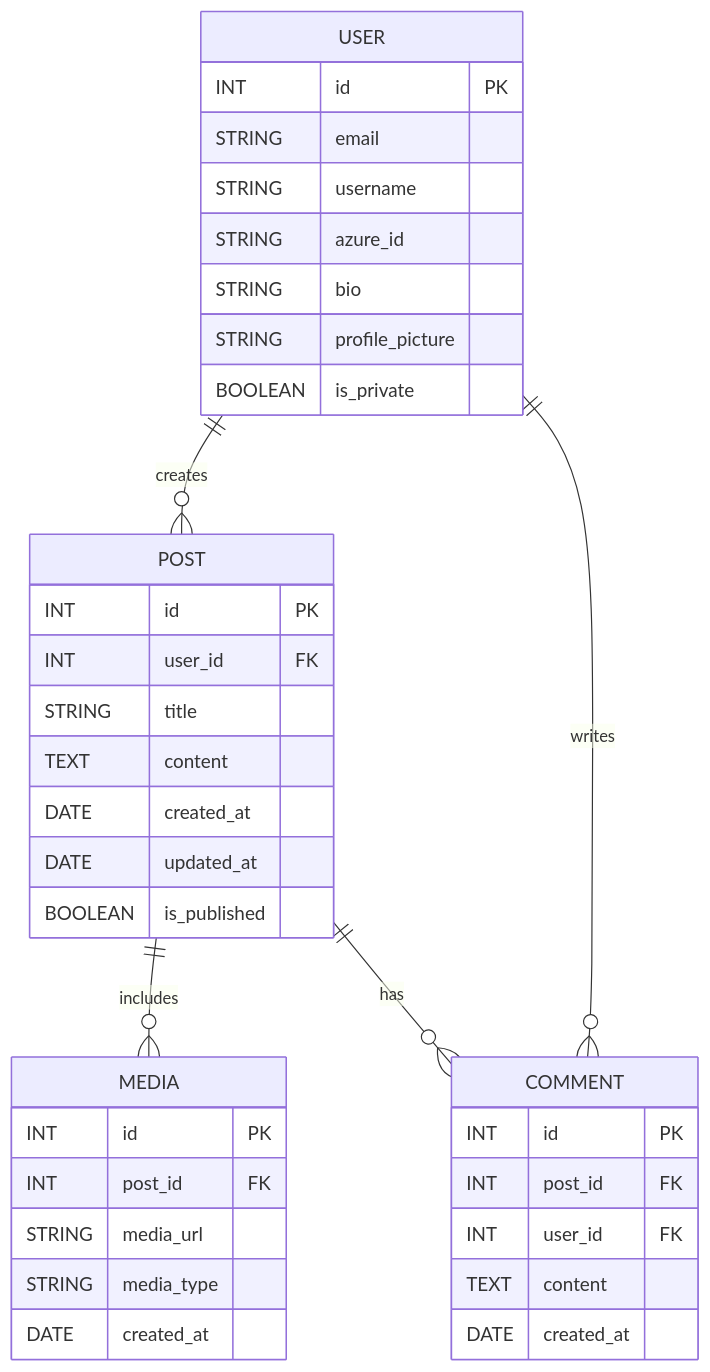
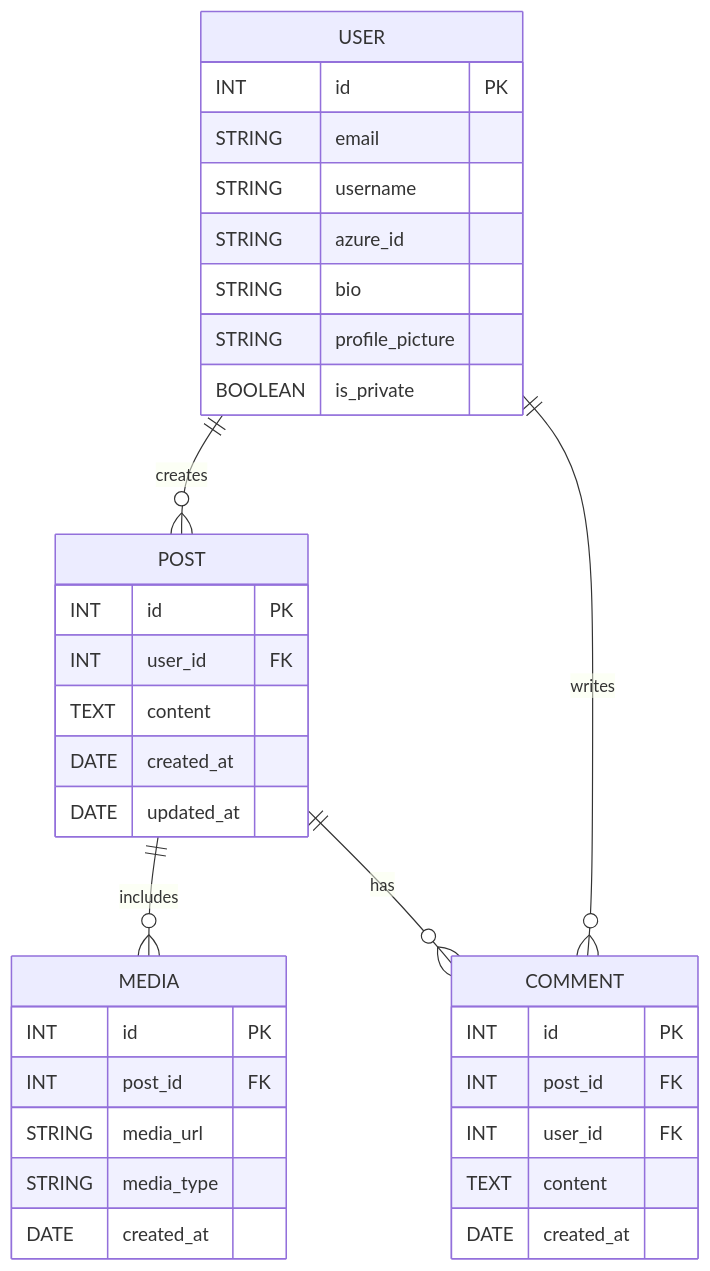
The diagram in docs/database.md (matheodrd/linkup), drawn with Mermaid before and after one commit.

Commit message:
udpate database diagram

````diff
--- a/docs/database.md
+++ b/docs/database.md
@@ -5,43 +5,41 @@
 ```mermaid
 erDiagram
     USER {
         INT id PK
         STRING email
         STRING username
         STRING azure_id
         STRING bio
         STRING profile_picture
         BOOLEAN is_private
     }
 
     POST {
         INT id PK
         INT user_id FK
-        STRING title
         TEXT content
         DATE created_at
         DATE updated_at
-        BOOLEAN is_published
     }
 
     MEDIA {
         INT id PK
         INT post_id FK
         STRING media_url
         STRING media_type
         DATE created_at
     }
 
     COMMENT {
         INT id PK
         INT post_id FK
         INT user_id FK
         TEXT content
         DATE created_at
     }
 
     USER ||--o{ POST : "creates"
     POST ||--o{ MEDIA : "includes"
     POST ||--o{ COMMENT : "has"
     USER ||--o{ COMMENT : "writes"
 ```
````
